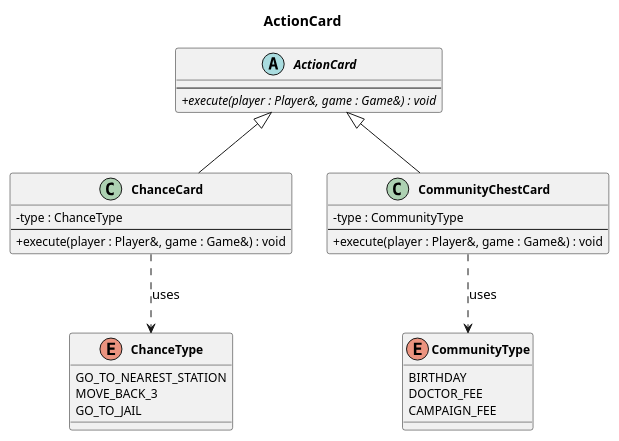
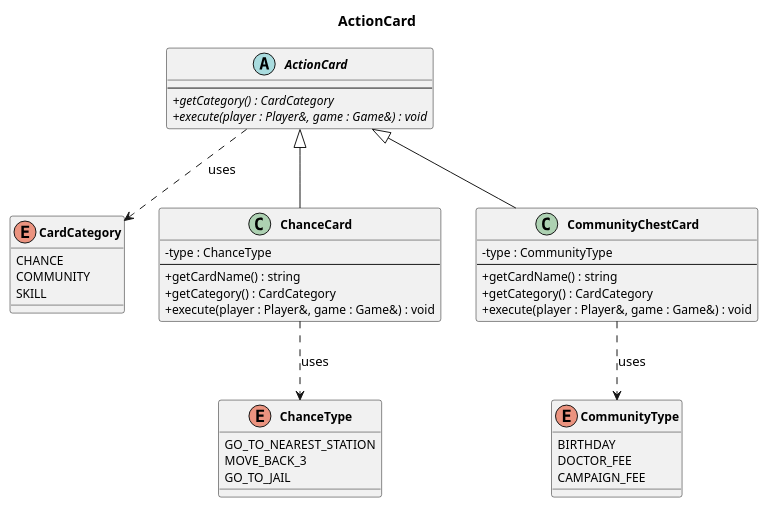
Before and after one commit to Labpro-22/tugas-besar-1-gdt-1: the diagram in doc/ClassDiagram/Card&Deck/2-actionCard.puml, drawn with PlantUML. The commit also changed 3 other files, not shown here.

Commit message:
chore: updated card and deck class diagram (renaming cardDeck requires removal)

```diff
--- a/doc/ClassDiagram/Card&Deck/2-actionCard.puml
+++ b/doc/ClassDiagram/Card&Deck/2-actionCard.puml
@@ -1,43 +1,55 @@
 @startuml ActionCard
 title ActionCard
 
 skinparam classAttributeIconSize 0
 skinparam classFontSize 13
 skinparam classFontStyle Bold
 skinparam classAttributeFontSize 12
 
 enum ChanceType {
     GO_TO_NEAREST_STATION
     MOVE_BACK_3
     GO_TO_JAIL
 }
 
 enum CommunityType {
     BIRTHDAY
     DOCTOR_FEE
     CAMPAIGN_FEE
 }
 
+enum CardCategory {
+    CHANCE
+    COMMUNITY
+    SKILL
+}
+
 abstract class ActionCard {
     --
+    + {abstract} getCategory() : CardCategory
     + {abstract} execute(player : Player&, game : Game&) : void
 }
 
 class ChanceCard {
     - type : ChanceType
     --
+    + getCardName() : string
+    + getCategory() : CardCategory
     + execute(player : Player&, game : Game&) : void
 }
 
 class CommunityChestCard {
     - type : CommunityType
     --
+    + getCardName() : string
+    + getCategory() : CardCategory
     + execute(player : Player&, game : Game&) : void
 }
 
 ActionCard <|-- ChanceCard
 ActionCard <|-- CommunityChestCard
 ChanceCard ..> ChanceType : uses
 CommunityChestCard ..> CommunityType : uses
+ActionCard ..> CardCategory : uses
 
 @enduml
```
